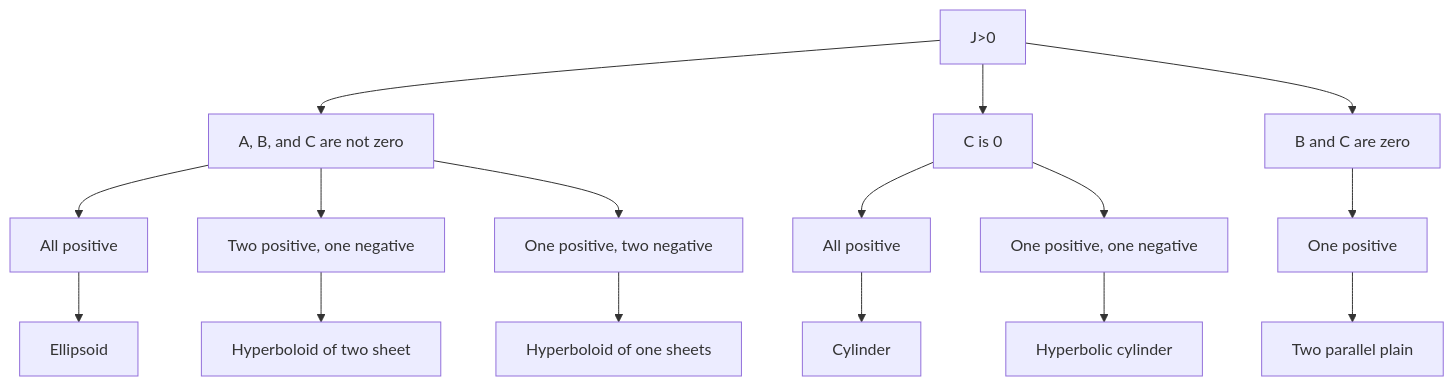
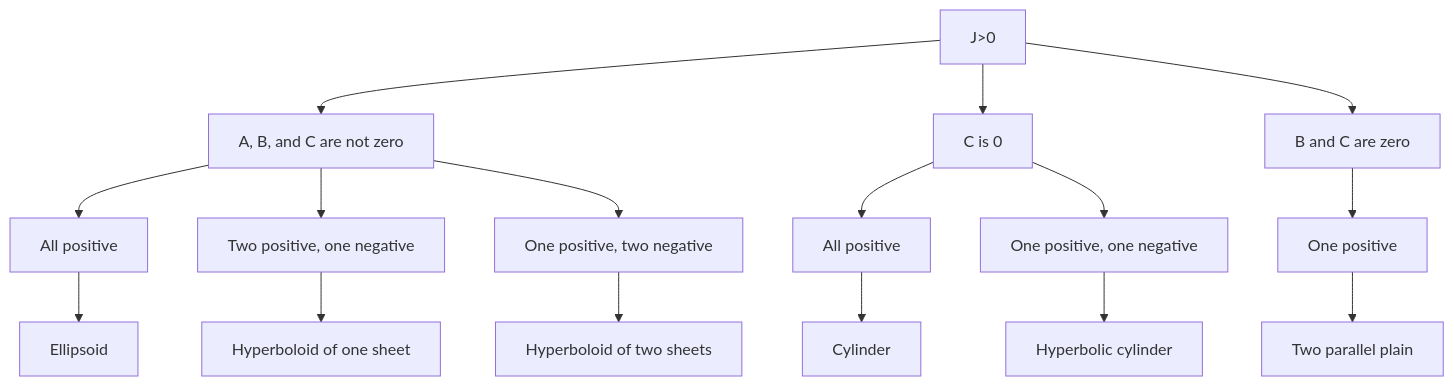
Before and after one commit to junwenwaynepeng/junwenwaynepeng.github.io: the second of 2 diagrams in _posts/2024-02-23-quadric-surfaces-and-functions-of-several-variables.md, drawn with Mermaid. The commit also changed other lines of this file, not shown here.

Commit message:
Update Importer posts

````diff
--- a/_posts/2024-02-23-quadric-surfaces-and-functions-of-several-variables.md
+++ b/_posts/2024-02-23-quadric-surfaces-and-functions-of-several-variables.md
@@ -70,29 +70,29 @@
 	```mermaid
 	graph TD
 		J0["J>0"]
 		N0["A, B, and C are not zero"]
 		C0["C is 0"]
 		B0["B and C are zero"]
 		3P0N["All positive"]
 		E["Ellipsoid"]
 		2P1N["Two positive, one negative"]
-		H1["Hyperboloid of two sheet"]
+		H1["Hyperboloid of one sheet"]
 		1P2N["One positive, two negative"]
-		H2["Hyperboloid of one sheets"]
+		H2["Hyperboloid of two sheets"]
 		2P0N["All positive"]
 		Cy["Cylinder"]
 		1P1N["One positive, one negative"]
 		HC["Hyperbolic cylinder"]
 		1P["One positive"]
 		PP["Two parallel plain"]
 		J0-->N0 & C0 & B0
 		N0-->3P0N & 2P1N & 1P2N
 		C0-->2P0N & 1P1N
 		3P0N-->E
 		2P1N-->H1
 		1P2N-->H2
 		2P0N-->Cy
 		1P1N-->HC
 		B0-->1P-->PP
 	
 	```
````
